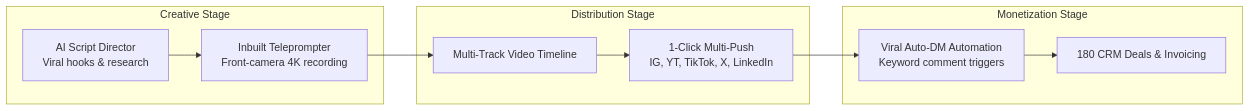
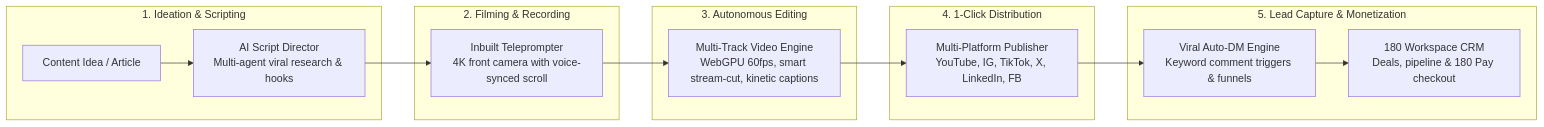
The diagram in apps/docs/docs/products/180-social-studio/01-overview.md (simplicion/180workspace), drawn with Mermaid before and after one commit. The commit also changed other lines of this file and 25 other files, not shown here.

Commit message:
feat: 180workspace monorepo — full platform codebase

````diff
--- a/apps/docs/docs/products/180-social-studio/01-overview.md
+++ b/apps/docs/docs/products/180-social-studio/01-overview.md
@@ -15,16 +17,23 @@
 ```mermaid
 graph LR
-    subgraph "Creative Stage"
-        AI[AI Script Director<br/>Viral hooks & research] --> Tele[Inbuilt Teleprompter<br/>Front-camera 4K recording]
+    subgraph "1. Ideation & Scripting"
+        Idea[Content Idea / Article] --> AI[AI Script Director<br/>Multi-agent viral research & hooks]
     end
 
-    subgraph "Distribution Stage"
-        Tele --> Timeline[Multi-Track Video Timeline]
-        Timeline --> Push[1-Click Multi-Push<br/>IG, YT, TikTok, X, LinkedIn]
+    subgraph "2. Filming & Recording"
+        AI --> Tele[Inbuilt Teleprompter<br/>4K front camera with voice-synced scroll]
     end
 
-    subgraph "Monetization Stage"
-        Push --> AutoDM[Viral Auto-DM Automation<br/>Keyword comment triggers]
-        AutoDM --> CRM[180 CRM Deals & Invoicing]
+    subgraph "3. Autonomous Editing"
+        Tele --> Timeline[Multi-Track Video Engine<br/>WebGPU 60fps, smart stream-cut, kinetic captions]
+    end
+
+    subgraph "4. 1-Click Distribution"
+        Timeline --> Push[Multi-Platform Publisher<br/>YouTube, IG, TikTok, X, LinkedIn, FB]
+    end
+
+    subgraph "5. Lead Capture & Monetization"
+        Push --> AutoDM[Viral Auto-DM Engine<br/>Keyword comment triggers & funnels]
+        AutoDM --> CRM[180 Workspace CRM<br/>Deals, pipeline & 180 Pay checkout]
     end
 ```
````
